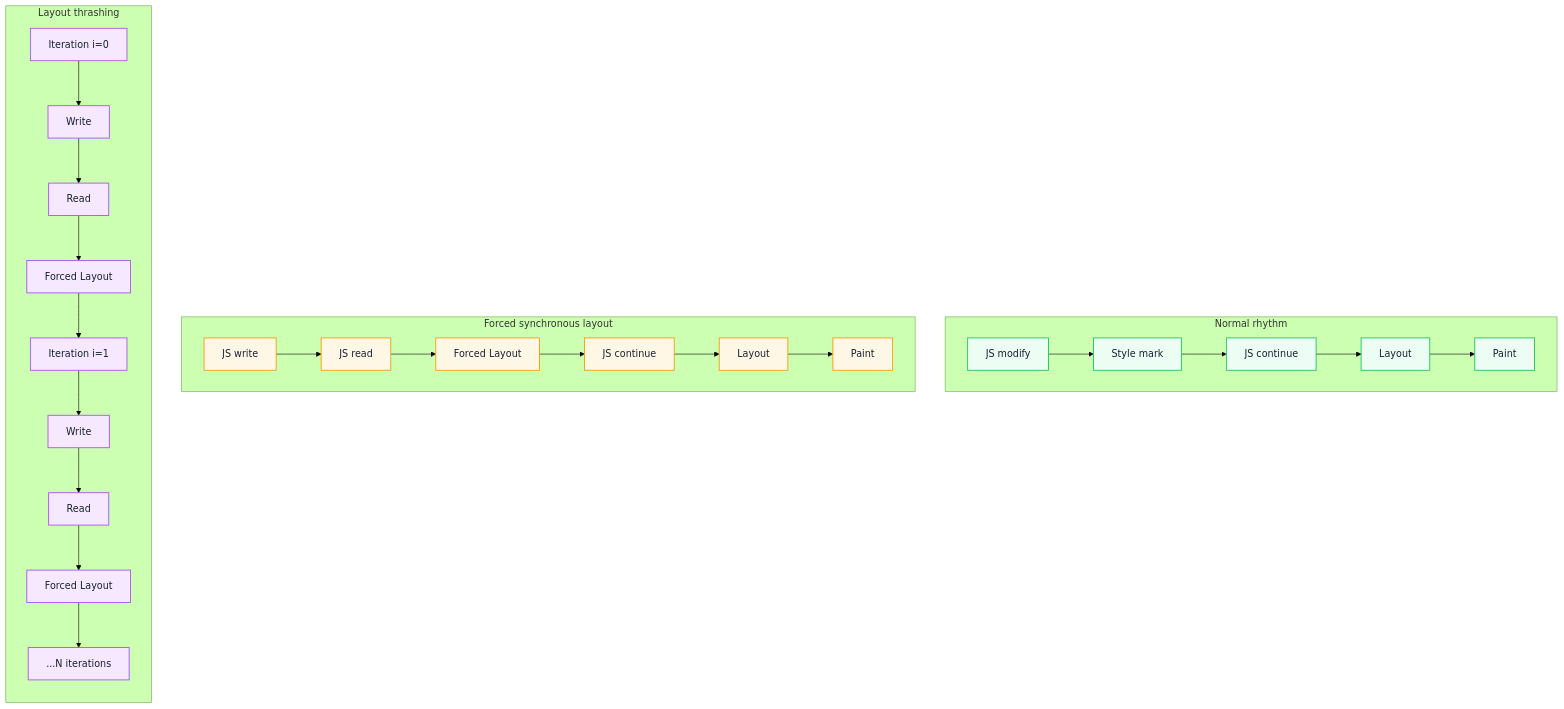
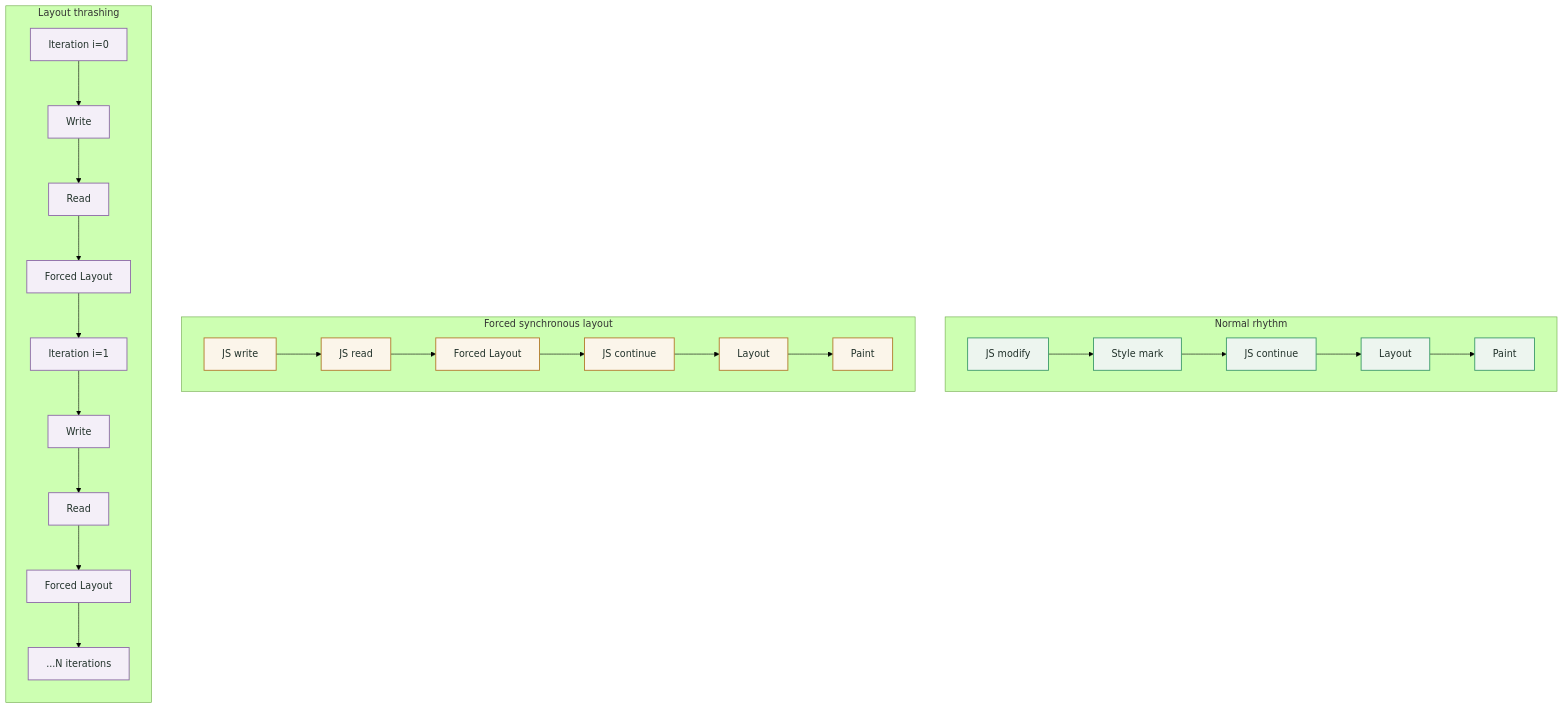
One commit to Fatejian/frontier-vault changed the first of 2 diagrams in docs/en/browser/layout-thrashing.md. Above: the diagram before and after it, drawn with Mermaid (forest theme). The commit also changed other lines of this file and 63 other files, not shown here.

````diff
--- a/docs/en/browser/layout-thrashing.md
+++ b/docs/en/browser/layout-thrashing.md
@@ -68,42 +68,42 @@
 ```mermaid
 flowchart TB
     subgraph Normal[Normal rhythm]
         direction LR
         N1[JS modify] --> N2[Style mark]
         N2 --> N3[JS continue]
         N3 --> N4[Layout]
         N4 --> N5[Paint]
     end
 
     subgraph FSL[Forced synchronous layout]
         direction LR
         F1[JS write] --> F2[JS read]
         F2 --> F3[Forced Layout]
         F3 --> F4[JS continue]
         F4 --> F5[Layout]
         F5 --> F6[Paint]
     end
 
     subgraph Thrashing[Layout thrashing]
         direction TB
         T1["Iteration i=0"]
         T2[Write]
         T3[Read]
         T4[Forced Layout]
         T5["Iteration i=1"]
         T6[Write]
         T7[Read]
         T8[Forced Layout]
         T9["...N iterations"]
 
         T1 --> T2 --> T3 --> T4 --> T5 --> T6 --> T7 --> T8 --> T9
     end
 
-    classDef work fill:#ECFDF3,stroke:#22C55E,color:#172033,stroke-width:1.5px;
-    classDef block fill:#FFF7E6,stroke:#F59E0B,color:#172033,stroke-width:1.5px;
-    classDef metric fill:#F5E8FF,stroke:#A855F7,color:#172033,stroke-width:1.5px;
+    classDef work fill:#EDF5EF,stroke:#3E9B6B,color:#22322B,stroke-width:1.5px;
+    classDef block fill:#FBF5EA,stroke:#B27B2C,color:#22322B,stroke-width:1.5px;
+    classDef metric fill:#F4EFF8,stroke:#8E6BA8,color:#22322B,stroke-width:1.5px;
 
     class N1,N2,N3,N4,N5 work;
     class F1,F2,F3,F4,F5,F6 block;
     class T1,T2,T3,T4,T5,T6,T7,T8,T9 metric;
 ```
````
